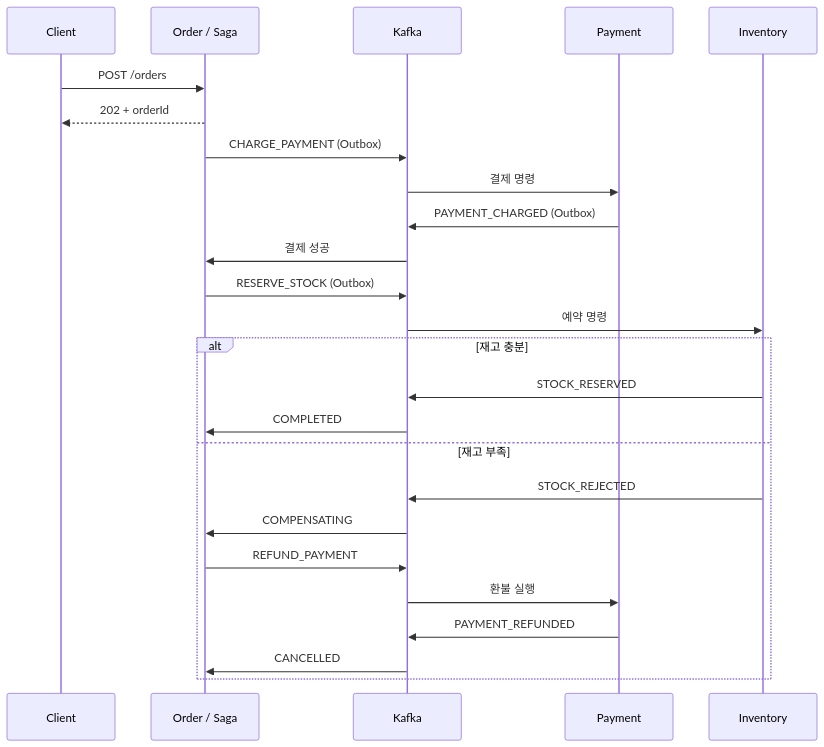
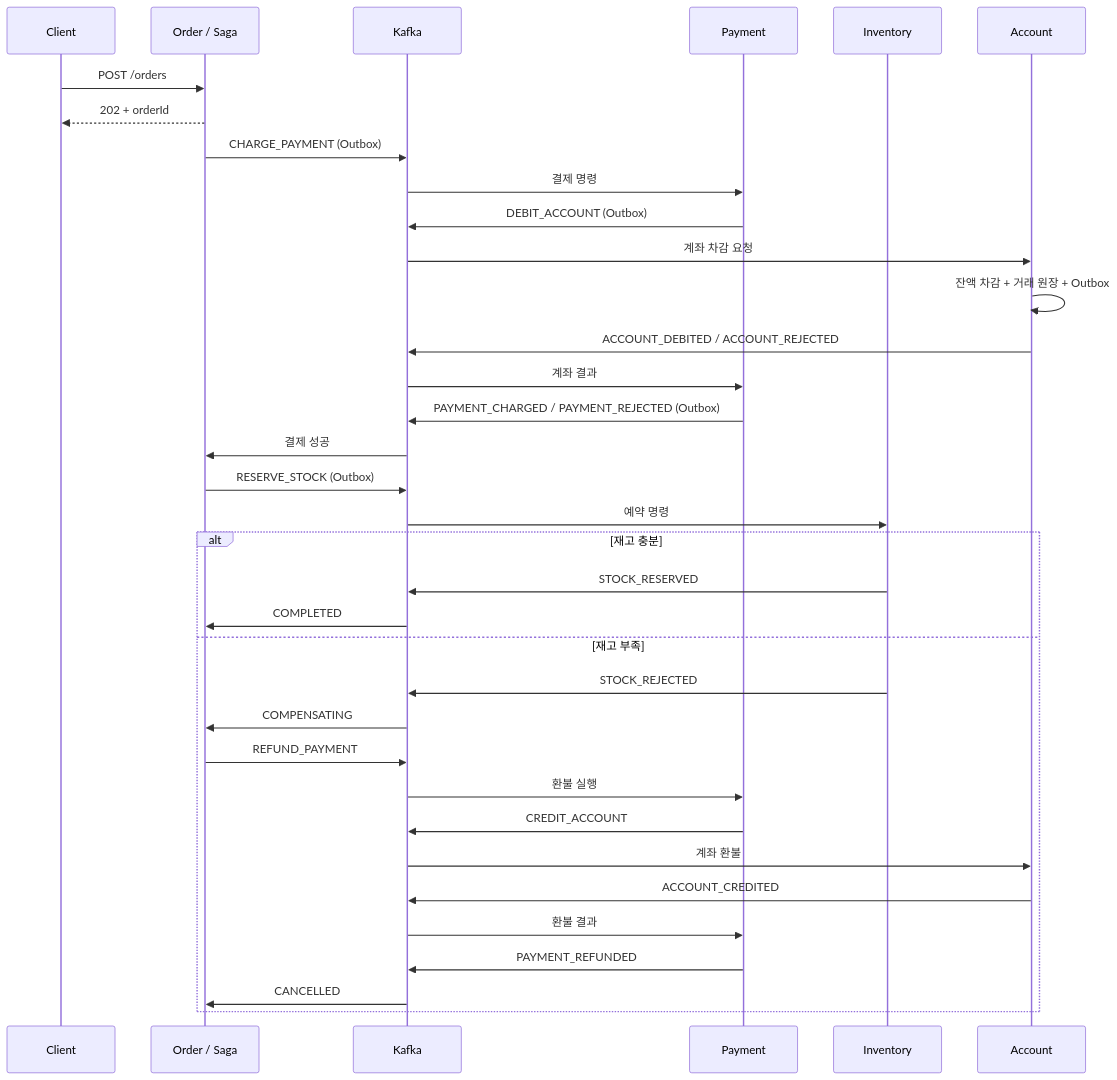
Before and after one commit to NOEL-code/algorithm: the diagram in kafka-saga-lab/README.md, drawn with Mermaid. The commit also changed other lines of this file and 93 other files, not shown here.

````diff
--- a/kafka-saga-lab/README.md
+++ b/kafka-saga-lab/README.md
@@ -92,27 +156,37 @@
 ```mermaid
 sequenceDiagram
     participant C as Client
     participant O as Order / Saga
     participant K as Kafka
     participant P as Payment
     participant I as Inventory
+    participant A as Account
     C->>O: POST /orders
     O-->>C: 202 + orderId
     O->>K: CHARGE_PAYMENT (Outbox)
     K->>P: 결제 명령
-    P->>K: PAYMENT_CHARGED (Outbox)
+    P->>K: DEBIT_ACCOUNT (Outbox)
+    K->>A: 계좌 차감 요청
+    A->>A: 잔액 차감 + 거래 원장 + Outbox
+    A->>K: ACCOUNT_DEBITED / ACCOUNT_REJECTED
+    K->>P: 계좌 결과
+    P->>K: PAYMENT_CHARGED / PAYMENT_REJECTED (Outbox)
     K->>O: 결제 성공
     O->>K: RESERVE_STOCK (Outbox)
     K->>I: 예약 명령
     alt 재고 충분
         I->>K: STOCK_RESERVED
         K->>O: COMPLETED
     else 재고 부족
         I->>K: STOCK_REJECTED
         K->>O: COMPENSATING
         O->>K: REFUND_PAYMENT
         K->>P: 환불 실행
+        P->>K: CREDIT_ACCOUNT
+        K->>A: 계좌 환불
+        A->>K: ACCOUNT_CREDITED
+        K->>P: 환불 결과
         P->>K: PAYMENT_REFUNDED
         K->>O: CANCELLED
     end
 ```
````
